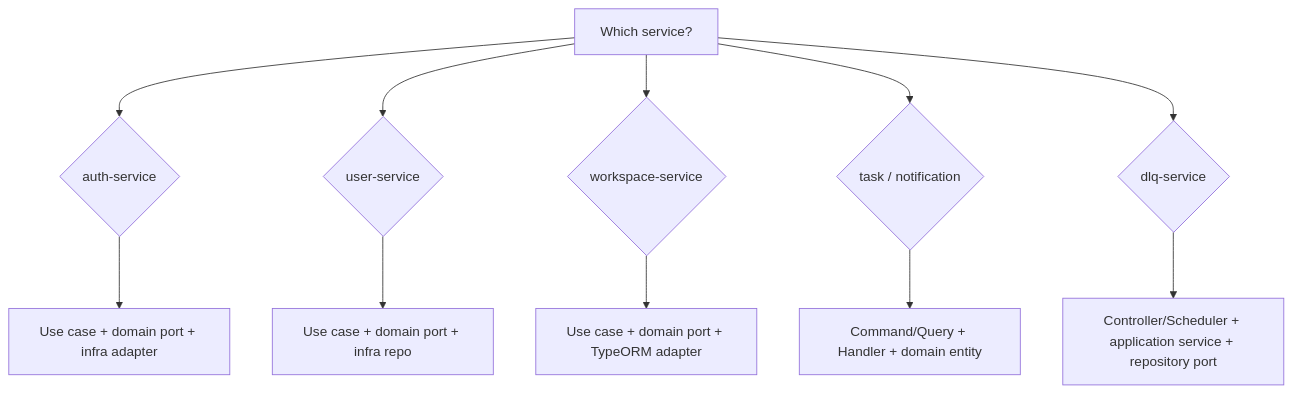
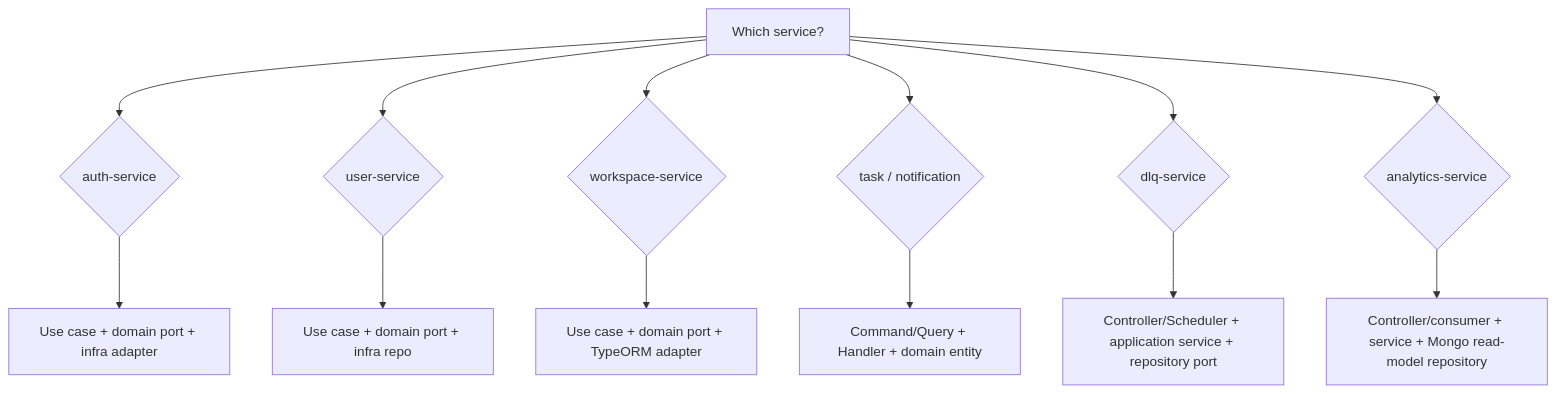
Before and after one commit to lengocanh2005it/collabspace: the diagram in .claude/docs/service-architecture.md, drawn with Mermaid. The commit also changed other lines of this file and 19 other files, not shown here.

Commit message:
chore: sync analytics service docs and permission

````diff
--- a/.claude/docs/service-architecture.md
+++ b/.claude/docs/service-architecture.md
@@ -463,13 +510,15 @@
 ```mermaid
 flowchart TD
   A[Which service?] --> B{auth-service}
   A --> C{user-service}
   A --> D{workspace-service}
   A --> E{task / notification}
   A --> F{dlq-service}
+  A --> G{analytics-service}
   B --> B1[Use case + domain port + infra adapter]
   C --> C1[Use case + domain port + infra repo]
   D --> D1[Use case + domain port + TypeORM adapter]
   E --> E1[Command/Query + Handler + domain entity]
   F --> F1[Controller/Scheduler + application service + repository port]
+  G --> G1[Controller/consumer + service + Mongo read-model repository]
 ```
````
